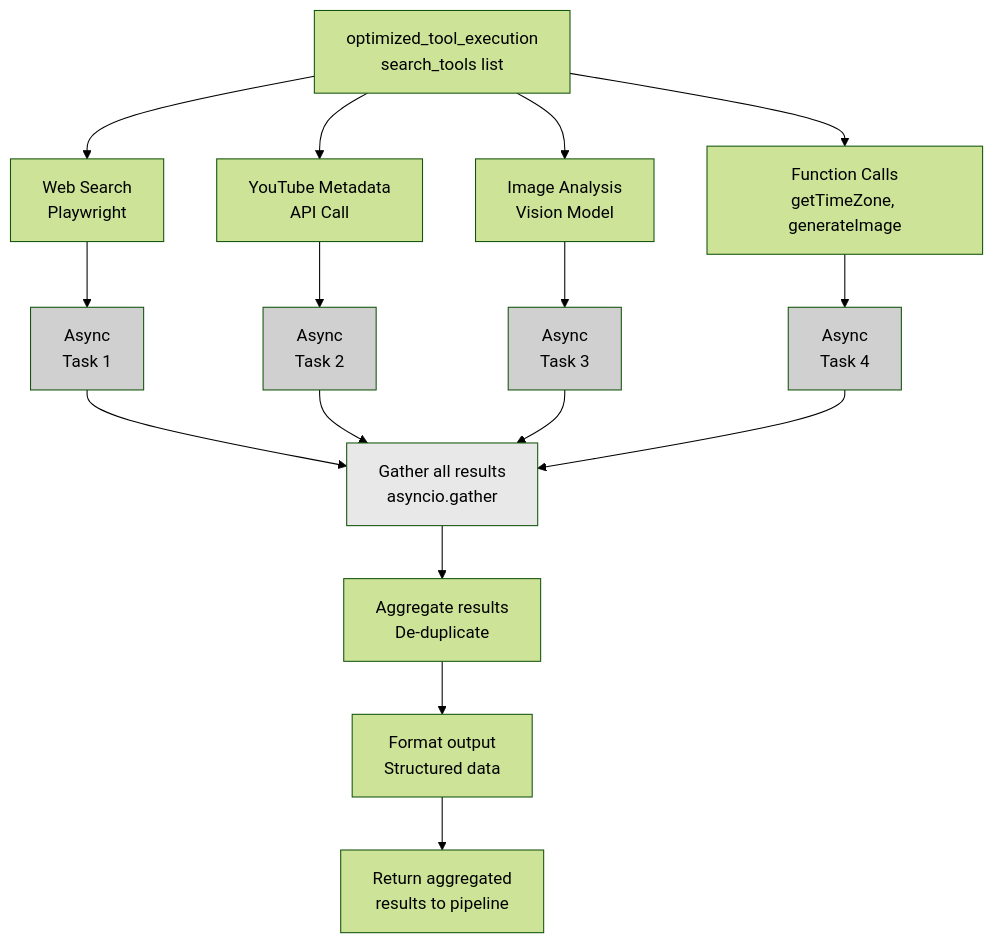
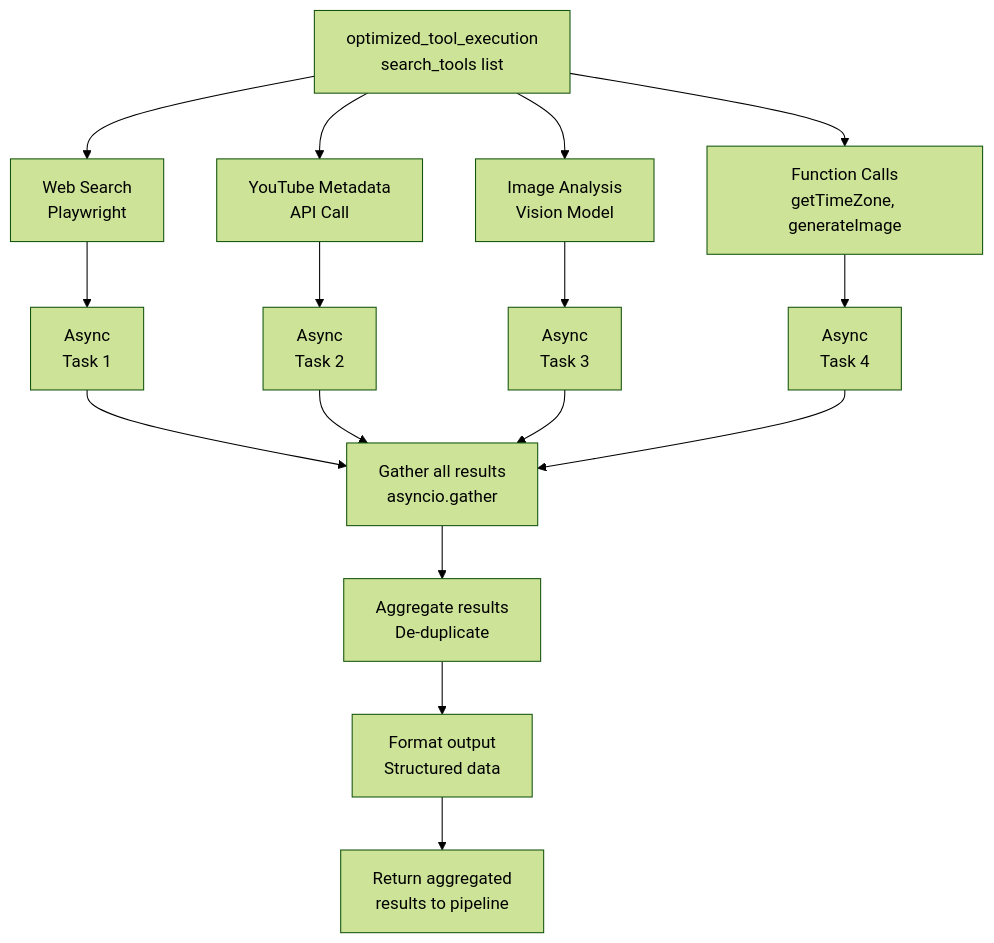
The seventh of 18 diagrams in DOCS/FULL_ARCHITECTURE.md (pollinations/lixSearch), drawn with Mermaid (forest theme) before and after one commit. The commit also changed other lines of this file, not shown here.

````diff
--- a/DOCS/FULL_ARCHITECTURE.md
+++ b/DOCS/FULL_ARCHITECTURE.md
@@ -459,44 +575,44 @@
 ```mermaid
 graph TD
     Start["optimized_tool_execution<br/>search_tools list"]
     
     WebSearch["Web Search<br/>Playwright"]
     YouTubeFetch["YouTube Metadata<br/>API Call"]
     ImageAnalysis["Image Analysis<br/>Vision Model"]
     Functions["Function Calls<br/>getTimeZone, generateImage"]
     
     Async1["Async<br/>Task 1"]
     Async2["Async<br/>Task 2"]
     Async3["Async<br/>Task 3"]
     Async4["Async<br/>Task 4"]
     
     Gather["Gather all results<br/>asyncio.gather"]
     Aggregate["Aggregate results<br/>De-duplicate"]
     Format["Format output<br/>Structured data"]
     End["Return aggregated<br/>results to pipeline"]
     
     Start --> WebSearch
     Start --> YouTubeFetch
     Start --> ImageAnalysis
     Start --> Functions
     
     WebSearch --> Async1
     YouTubeFetch --> Async2
     ImageAnalysis --> Async3
     Functions --> Async4
     
     Async1 --> Gather
     Async2 --> Gather
     Async3 --> Gather
     Async4 --> Gather
     
     Gather --> Aggregate
     Aggregate --> Format
     Format --> End
     
-    style Gather fill:#E8E8E8
-    style Async1 fill:#D0D0D0
-    style Async2 fill:#D0D0D0
-    style Async3 fill:#D0D0D0
-    style Async4 fill:#D0D0D0
+    style Gather fill:#000;color:#fff
+    style Async1 fill:#000;color:#fff
+    style Async2 fill:#000;color:#fff
+    style Async3 fill:#000;color:#fff
+    style Async4 fill:#000;color:#fff
 ```
````
